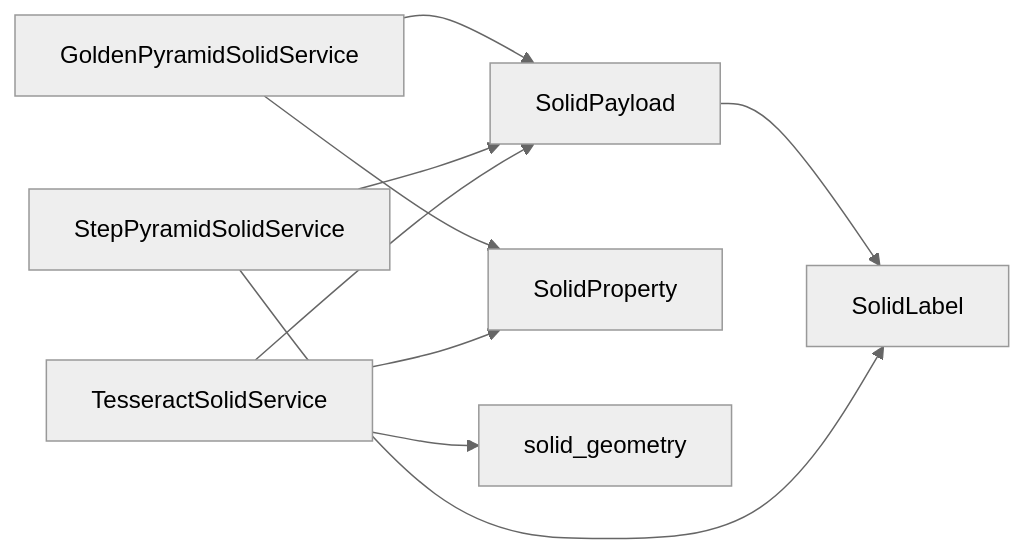
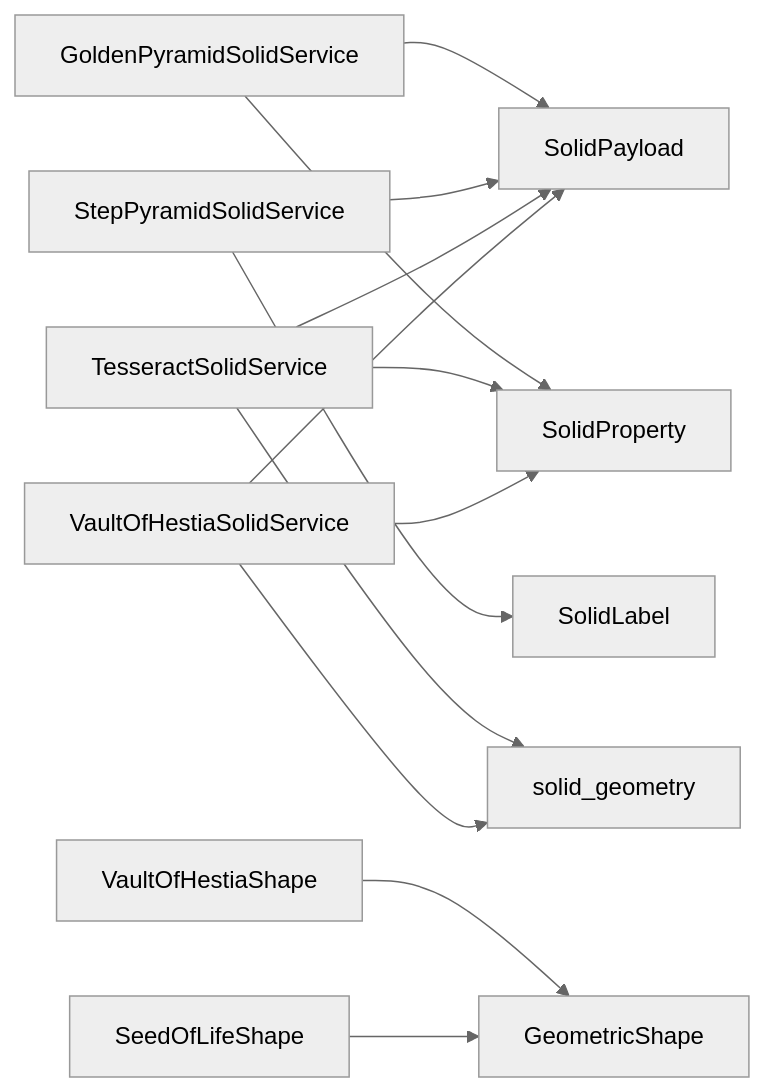
One commit to TheDaniel166/IsopGem changed the ninth of 9 diagrams in .qoder/repowiki/en/content/API Reference/Geometry API/Advanced Geometry API/Sacred Geometry Constructs API.md. Above: the diagram before and after it, drawn with Mermaid (neutral theme). The commit also changed other lines of this file and 29 other files, not shown here.

````diff
--- a/.qoder/repowiki/en/content/API Reference/Geometry API/Advanced Geometry API/Sacred Geometry Constructs API.md
+++ b/.qoder/repowiki/en/content/API Reference/Geometry API/Advanced Geometry API/Sacred Geometry Constructs API.md
@@ -327,11 +557,15 @@
 ```mermaid
 graph LR
 GP["GoldenPyramidSolidService"] --> SP["SolidPayload"]
 GP --> PROP["SolidProperty"]
-SP --> SL["SolidLabel"]
 SPY["StepPyramidSolidService"] --> SP
-SPY --> SL
+SPY --> SL["SolidLabel"]
 TS["TesseractSolidService"] --> SP
 TS --> SG["solid_geometry"]
 TS --> PROP
+V3["VaultOfHestiaSolidService"] --> SP
+V3 --> SG
+V3 --> PROP
+V2["VaultOfHestiaShape"] --> GS["GeometricShape"]
+L["SeedOfLifeShape"] --> GS
 ```
````
